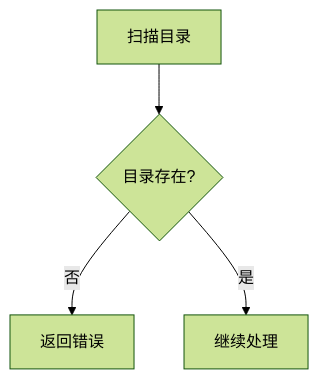
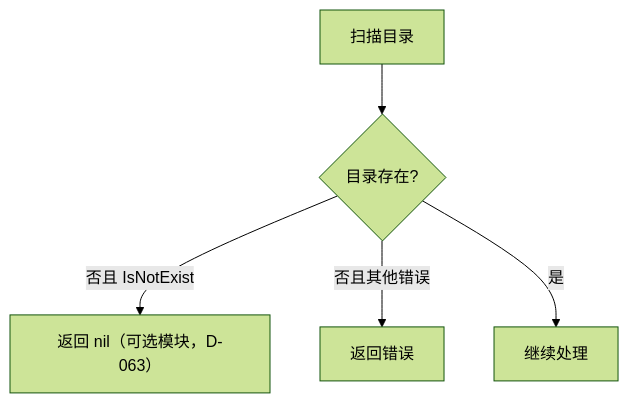
Before and after one commit to PineappleBond/xyncra-server: the third of 6 diagrams in wiki/flows/reload-agents.md, drawn with Mermaid (forest theme). The commit also changed other lines of this file and 21 other files, not shown here.

First line of the commit message:
docs(wiki): fix accuracy and completeness issues across all flow documents

````diff
--- a/wiki/flows/reload-agents.md
+++ b/wiki/flows/reload-agents.md
@@ -106,6 +106,7 @@
 ```mermaid
 flowchart TD
     A[扫描目录] --> B{目录存在?}
-    B -->|否| C[返回错误]
-    B -->|是| D[继续处理]
+    B -->|否且 IsNotExist| C[返回 nil（可选模块，D-063）]
+    B -->|否且其他错误| D[返回错误]
+    B -->|是| E[继续处理]
 ```
````
